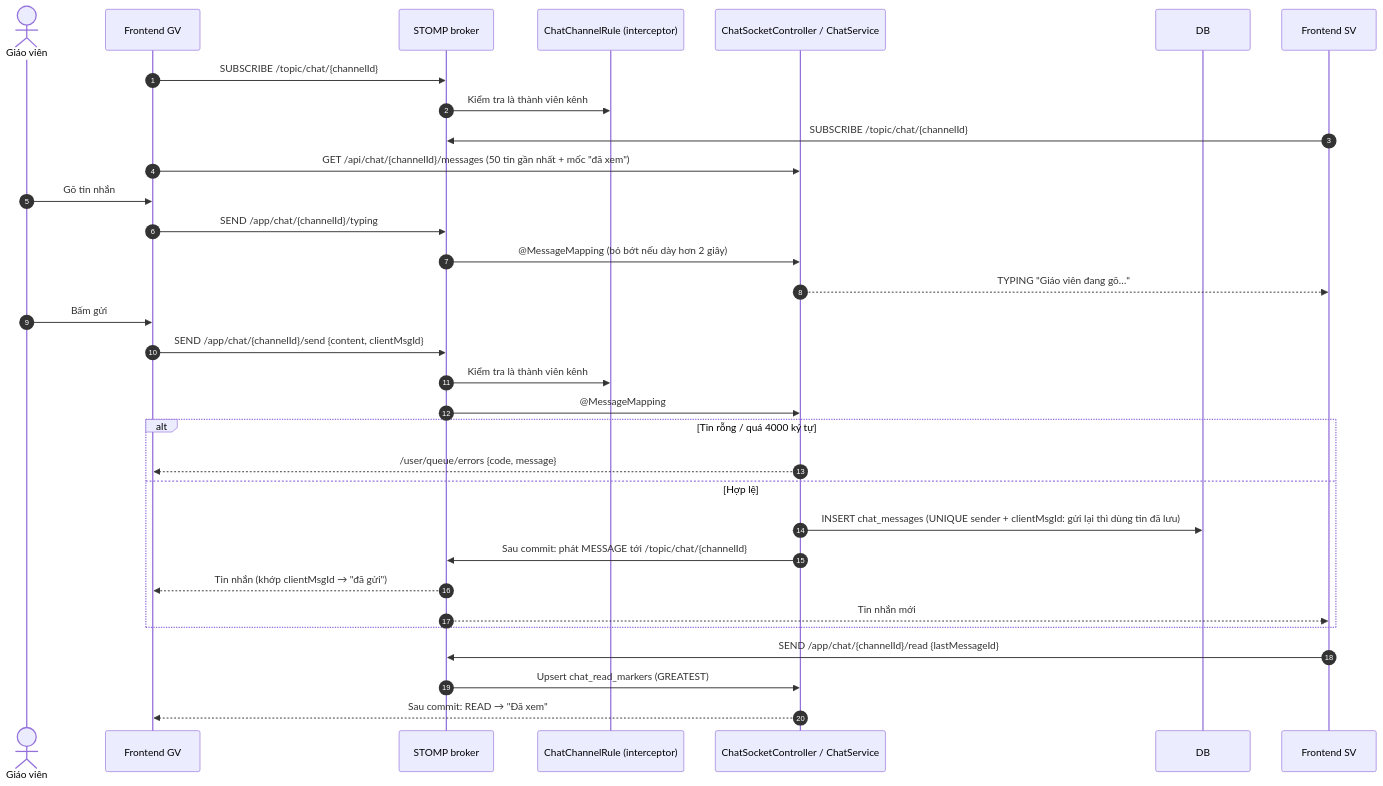
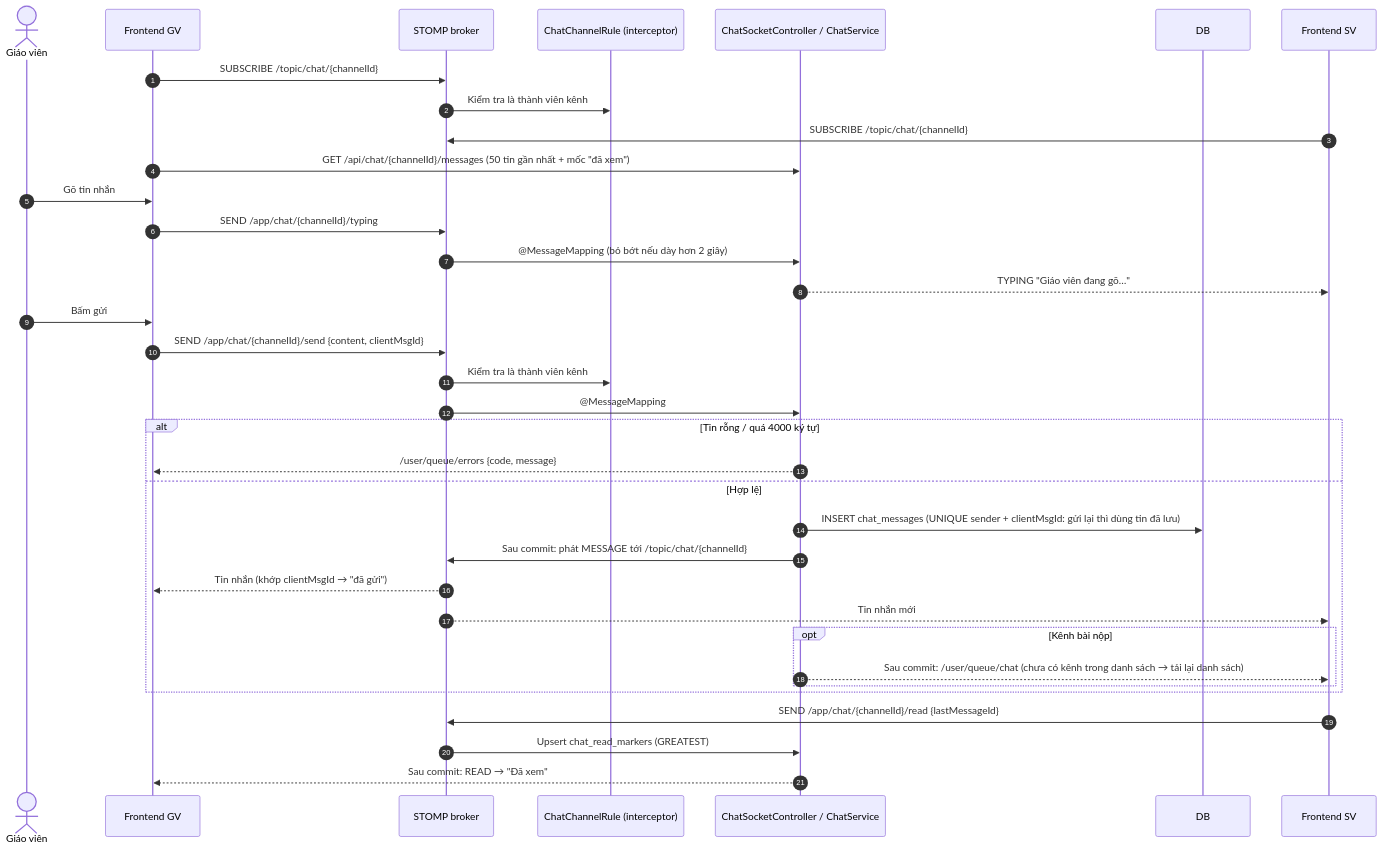
Before and after one commit to duckkthoi/ielts-system: diagram 12 of 13 in docs/03-sequence.md, drawn with Mermaid. The commit also changed 108 other files, not shown here.

Commit message:
Module trao đổi: chat theo bài nộp, theo lớp và trực tiếp 1–1, clientMsgId chống lưu trùng, thông báo tin nhắn mới qua STOMP

````diff
--- a/docs/03-sequence.md
+++ b/docs/03-sequence.md
@@ -501,35 +501,38 @@
 ```mermaid
 sequenceDiagram
     autonumber
     actor A as Giáo viên
     participant FA as Frontend GV
     participant WS as STOMP broker
     participant R as ChatChannelRule (interceptor)
     participant C as ChatSocketController / ChatService
     participant DB as DB
     participant FB as Frontend SV
 
     FA->>WS: SUBSCRIBE /topic/chat/{channelId}
     WS->>R: Kiểm tra là thành viên kênh
     FB->>WS: SUBSCRIBE /topic/chat/{channelId}
     FA->>C: GET /api/chat/{channelId}/messages (50 tin gần nhất + mốc "đã xem")
     A->>FA: Gõ tin nhắn
     FA->>WS: SEND /app/chat/{channelId}/typing
     WS->>C: @MessageMapping (bỏ bớt nếu dày hơn 2 giây)
     C-->>FB: TYPING "Giáo viên đang gõ…"
     A->>FA: Bấm gửi
     FA->>WS: SEND /app/chat/{channelId}/send {content, clientMsgId}
     WS->>R: Kiểm tra là thành viên kênh
     WS->>C: @MessageMapping
     alt Tin rỗng / quá 4000 ký tự
         C-->>FA: /user/queue/errors {code, message}
     else Hợp lệ
         C->>DB: INSERT chat_messages (UNIQUE sender + clientMsgId: gửi lại thì dùng tin đã lưu)
         C->>WS: Sau commit: phát MESSAGE tới /topic/chat/{channelId}
         WS-->>FA: Tin nhắn (khớp clientMsgId → "đã gửi")
         WS-->>FB: Tin nhắn mới
+        opt Kênh bài nộp
+            C-->>FB: Sau commit: /user/queue/chat (chưa có kênh trong danh sách → tải lại danh sách)
+        end
     end
     FB->>WS: SEND /app/chat/{channelId}/read {lastMessageId}
     WS->>C: Upsert chat_read_markers (GREATEST)
     C-->>FA: Sau commit: READ → "Đã xem"
 ```
````
